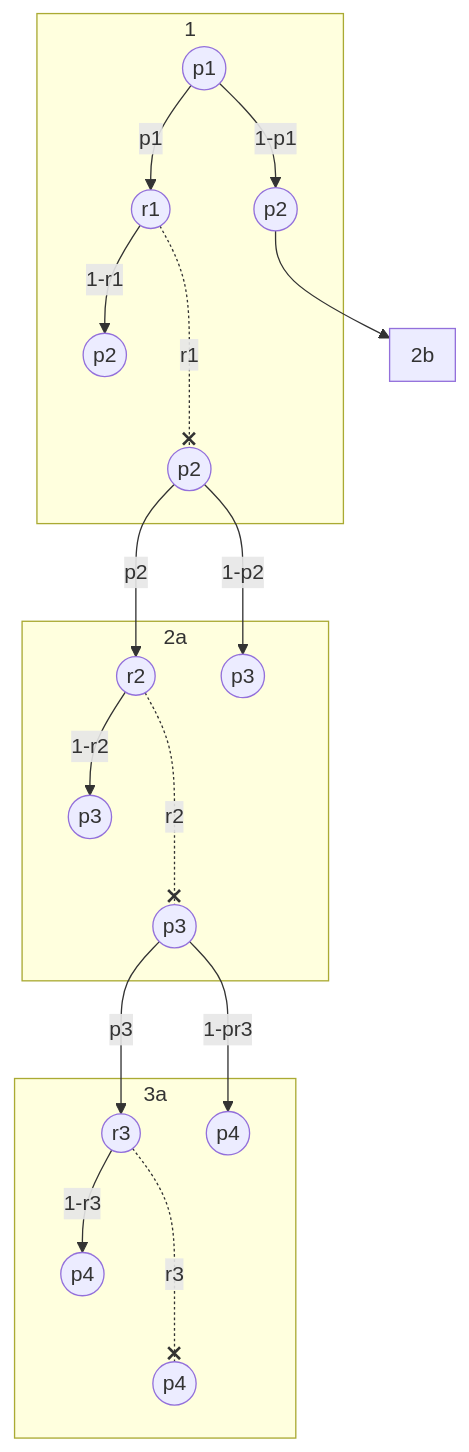
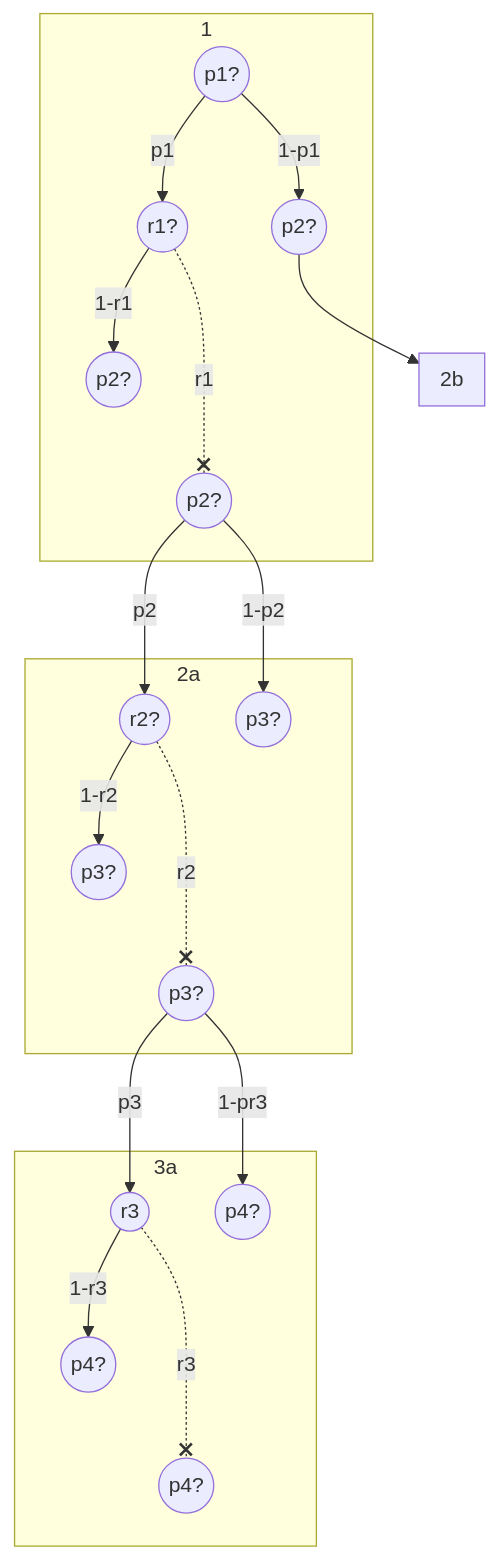
The fourth of 5 diagrams in vault/sem2/AuW/UE/cx/bf/cx07-bf.md (bfeitknecht/vault), drawn with Mermaid before and after one commit. The commit also changed other lines of this file, not shown here.

````diff
--- a/vault/sem2/AuW/UE/cx/bf/cx07-bf.md
+++ b/vault/sem2/AuW/UE/cx/bf/cx07-bf.md
@@ -131,48 +134,48 @@
 ```mermaid
 flowchart TD
 
 subgraph 1
-id1((p1))
-id2((r1))
+id1((p1?))
+id2((r1?))
 
-id3((p2))
-id4((p2))
-id5((p2))
+id3((p2?))
+id4((p2?))
+id5((p2?))
 
 id1-->|"1-p1"|id3
 id1-->|"p1"|id2
 id2-->|"1-r1"|id4
 id2-..-x|"r1"|id5
 end
 
 subgraph 2a
-id6((r2))
+id6((r2?))
 
-id7((p3))
-id8((p3))
-id9((p3))
+id7((p3?))
+id8((p3?))
+id9((p3?))
 
 id5-->|"1-p2"|id7
 id5-->|"p2"|id6
 id6-->|"1-r2"|id8
 id6-..-x|"r2"|id9
 end
 
 id3-->2b
 subgraph 2b
 end
 
 subgraph 3a
 id10((r3))
 
-id11((p4))
-id12((p4))
-id13((p4))
+id11((p4?))
+id12((p4?))
+id13((p4?))
 
 id9-->|"1-pr3"|id11
 id9-->|"p3"|id10
 id10-->|"1-r3"|id12
 id10-..-x|"r3"|id13
 end
 
 ```
````
